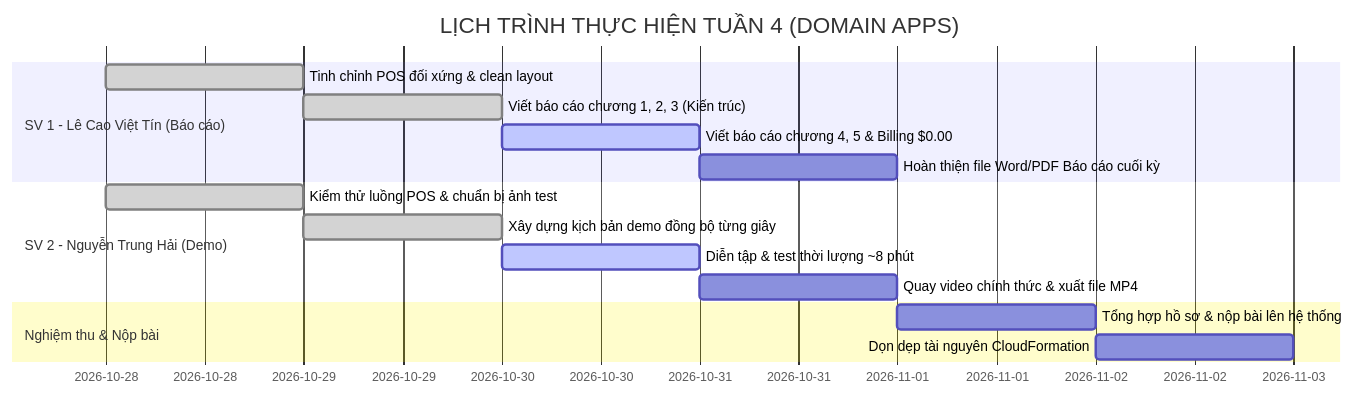
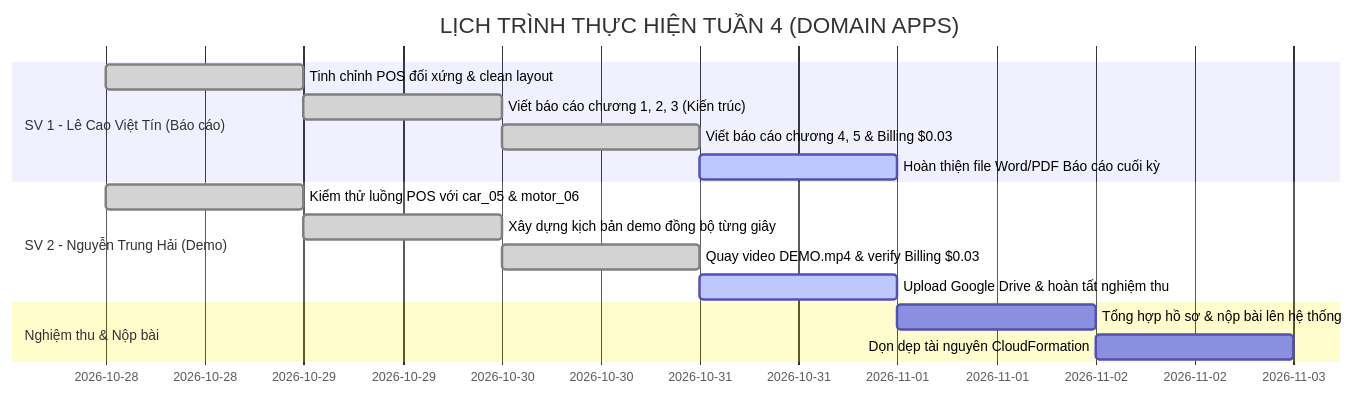
The diagram in PLAN_TUAN_4.md (nthai212006-gh/cloud-smart-parking-system), drawn with Mermaid before and after one commit. The commit also changed other lines of this file and 5 other files, not shown here.

Commit message:
docs(week-04): sync demo images (car_05, motor_06), actual AWS billing (.03) and Google Drive video link

````diff
--- a/PLAN_TUAN_4.md
+++ b/PLAN_TUAN_4.md
@@ -91,18 +92,18 @@
 ```mermaid
 gantt
     title LỊCH TRÌNH THỰC HIỆN TUẦN 4 (DOMAIN APPS)
     dateFormat  YYYY-MM-DD
     section SV 1 - Lê Cao Việt Tín (Báo cáo)
     Tinh chỉnh POS đối xứng & clean layout    :done, 2026-10-28, 1d
     Viết báo cáo chương 1, 2, 3 (Kiến trúc)    :done, 2026-10-29, 1d
-    Viết báo cáo chương 4, 5 & Billing $0.00  :active, 2026-10-30, 1d
-    Hoàn thiện file Word/PDF Báo cáo cuối kỳ  :2026-10-31, 1d
+    Viết báo cáo chương 4, 5 & Billing $0.03  :done, 2026-10-30, 1d
+    Hoàn thiện file Word/PDF Báo cáo cuối kỳ  :active, 2026-10-31, 1d
     section SV 2 - Nguyễn Trung Hải (Demo)
-    Kiểm thử luồng POS & chuẩn bị ảnh test    :done, 2026-10-28, 1d
+    Kiểm thử luồng POS với car_05 & motor_06   :done, 2026-10-28, 1d
     Xây dựng kịch bản demo đồng bộ từng giây   :done, 2026-10-29, 1d
-    Diễn tập & test thời lượng ~8 phút         :active, 2026-10-30, 1d
-    Quay video chính thức & xuất file MP4     :2026-10-31, 1d
+    Quay video DEMO.mp4 & verify Billing $0.03:done, 2026-10-30, 1d
+    Upload Google Drive & hoàn tất nghiệm thu :active, 2026-10-31, 1d
     section Nghiệm thu & Nộp bài
     Tổng hợp hồ sơ & nộp bài lên hệ thống     :2026-11-01, 1d
     Dọn dẹp tài nguyên CloudFormation         :2026-11-02, 1d
 ```
````
